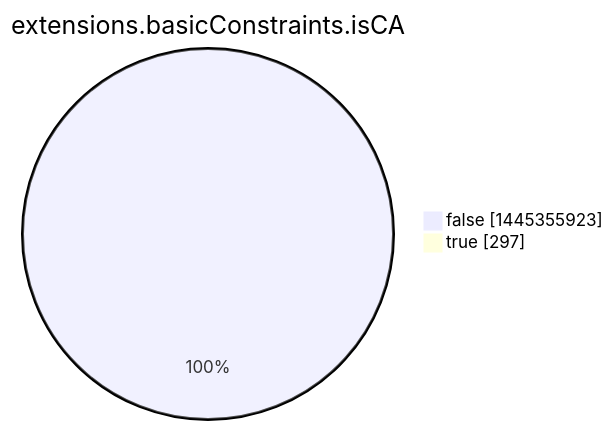
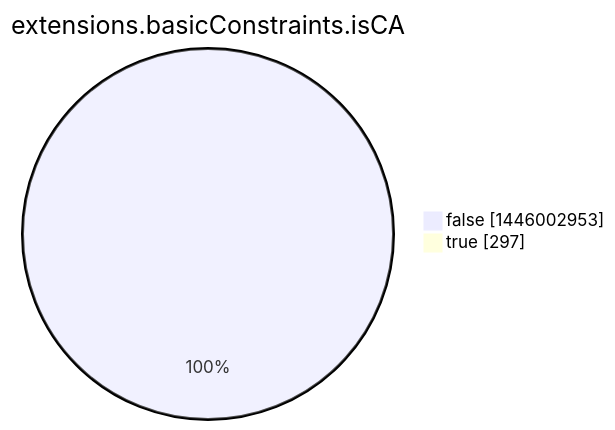
Before and after one commit to christiankrug/ctmonitor_visualization: the eighth of 15 diagrams in argon2022/README.md, drawn with Mermaid. The commit also changed other lines of this file, not shown here.

````diff
--- a/argon2022/README.md
+++ b/argon2022/README.md
@@ -2760,6 +2760,6 @@
 ```mermaid
 pie showData
 title extensions.basicConstraints.isCA
-"false" :1445355923
+"false" :1446002953
 "true" :297
 ```
````
